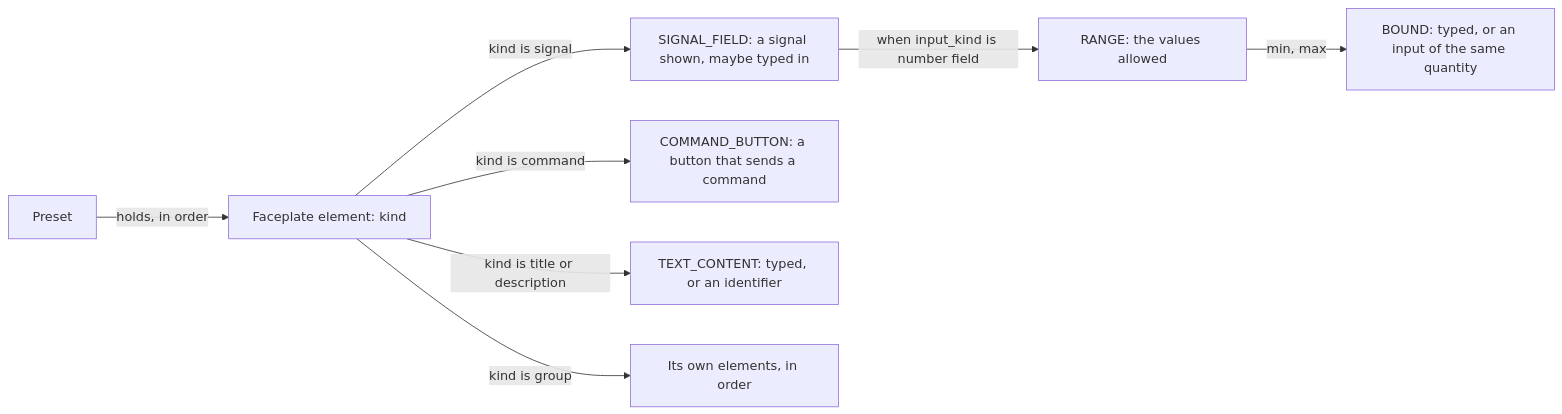
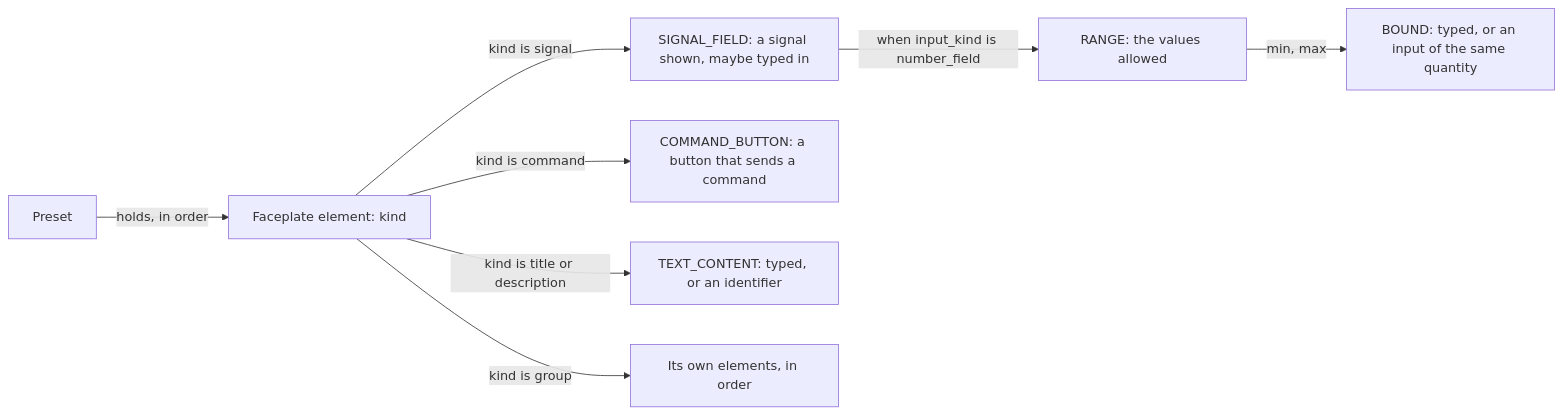
Before and after one commit to AlexandreGallais/synoptic-studio-spec: the second of 2 diagrams in metadata/data-model.md, drawn with Mermaid. The commit also changed other lines of this file and 1 other file, not shown here.

First line of the commit message:
docs(metadata): show the schema as json and make every name even

````diff
--- a/metadata/data-model.md
+++ b/metadata/data-model.md
@@ -209,10 +584,10 @@
 ```mermaid
 flowchart LR
     P["Preset"] -->|"holds, in order"| E["Faceplate element: kind"]
     E -->|"kind is signal"| SF["SIGNAL_FIELD: a signal shown, maybe typed in"]
     E -->|"kind is command"| CB["COMMAND_BUTTON: a button that sends a command"]
     E -->|"kind is title or description"| TC["TEXT_CONTENT: typed, or an identifier"]
     E -->|"kind is group"| G["Its own elements, in order"]
-    SF -->|"when input_kind is number field"| R["RANGE: the values allowed"]
+    SF -->|"when input_kind is number_field"| R["RANGE: the values allowed"]
     R -->|"min, max"| B["BOUND: typed, or an input of the same quantity"]
 ```
````
